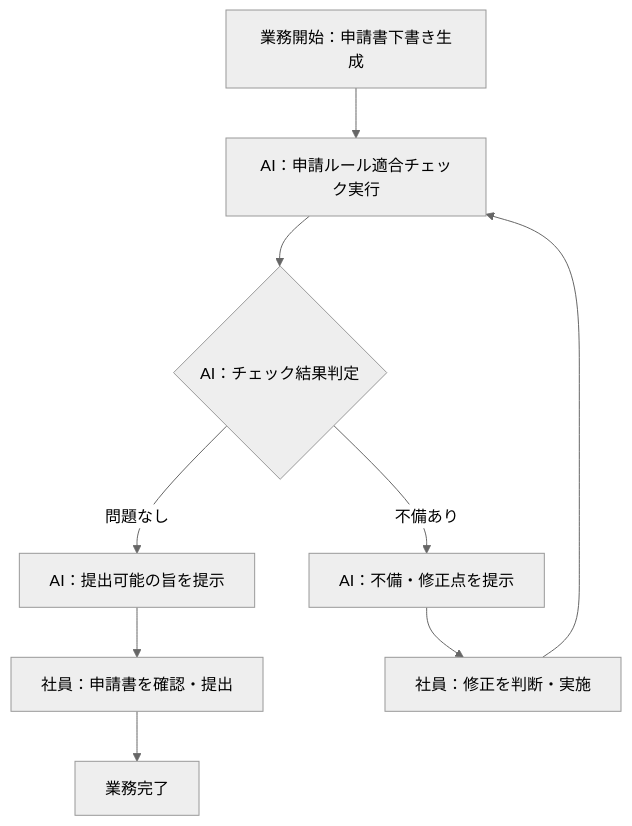
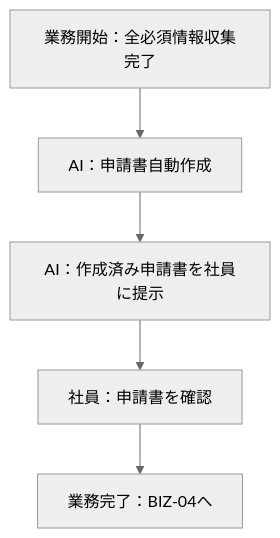
The third of 4 diagrams in artifacts/01_business-requirements/outputs/業務プロセス定義.md (horii003/AIAgentBookCC), drawn with Mermaid (neutral theme) before and after one commit. The commit also changed other lines of this file and 153 other files, not shown here.

````diff
--- a/artifacts/01_business-requirements/outputs/業務プロセス定義.md
+++ b/artifacts/01_business-requirements/outputs/業務プロセス定義.md
@@ -448,11 +323,7 @@
 ```mermaid
 flowchart TD
-    A[業務開始：申請書下書き生成] --> B[AI：申請ルール適合チェック実行]
-    B --> C{AI：チェック結果判定}
-    C -->|問題なし| D[AI：提出可能の旨を提示]
-    C -->|不備あり| E[AI：不備・修正点を提示]
-    E --> F[社員：修正を判断・実施]
-    F --> B
-    D --> G[社員：申請書を確認・提出]
-    G --> H[業務完了]
+    A[業務開始：全必須情報収集完了] --> B[AI：申請書自動作成]
+    B --> C[AI：作成済み申請書を社員に提示]
+    C --> D[社員：申請書を確認]
+    D --> E[業務完了：BIZ-04へ]
 ```
````
